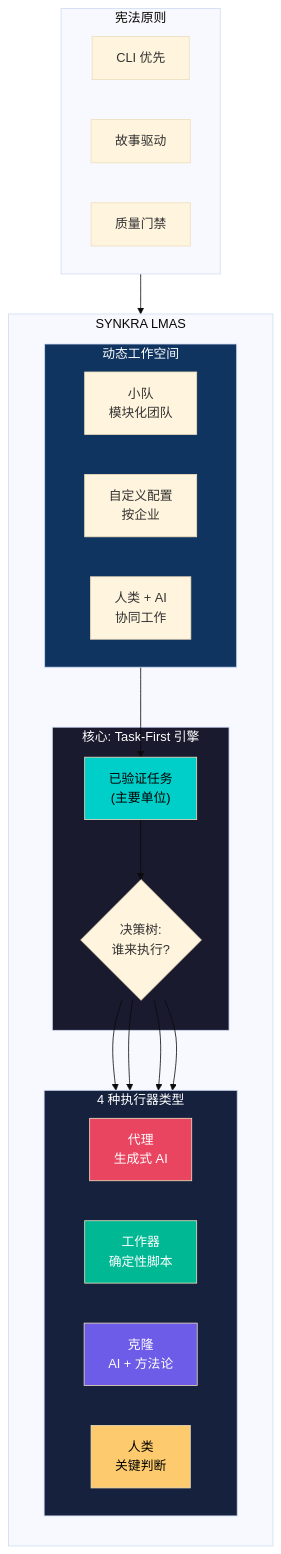
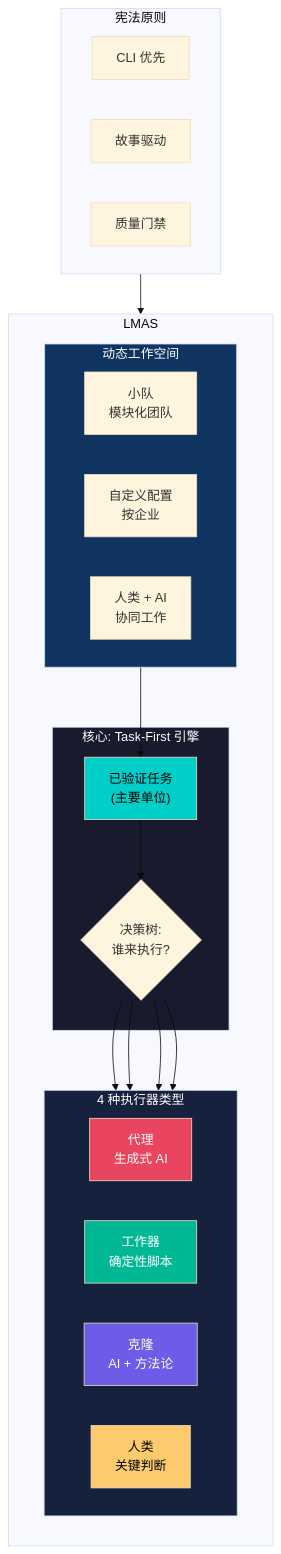
Before and after one commit to oluanferreira/luan-multiagent-scrum: the first of 12 diagrams in docs/zh/architecture/AIOX-VISUAL-OVERVIEW.md, drawn with Mermaid (base theme). The commit also changed other lines of this file and 415 other files, not shown here.

First line of the commit message:
refactor: rebrand Synkra/SynkraAI → LMAS by Luan Ferreira

````diff
--- a/docs/zh/architecture/AIOX-VISUAL-OVERVIEW.md
+++ b/docs/zh/architecture/AIOX-VISUAL-OVERVIEW.md
@@ -33,50 +33,50 @@
 ```mermaid
 flowchart TB
-    subgraph LMAS["SYNKRA LMAS"]
+    subgraph LMAS["LMAS"]
         direction TB
 
         subgraph CORE["核心: Task-First 引擎"]
             TASK["已验证任务<br/>(主要单位)"]
             DECISION{"决策树:<br/>谁来执行?"}
         end
 
         subgraph EXECUTORS["4 种执行器类型"]
             direction LR
             AGENT["代理<br/>生成式 AI"]
             WORKER["工作器<br/>确定性脚本"]
             CLONE["克隆<br/>AI + 方法论"]
             HUMAN["人类<br/>关键判断"]
         end
 
         subgraph WORKSPACE["动态工作空间"]
             direction LR
             SQUADS["小队<br/>模块化团队"]
             CONFIG["自定义配置<br/>按企业"]
             COLLAB["人类 + AI<br/>协同工作"]
         end
     end
 
     subgraph PRINCIPLES["宪法原则"]
         CLI["CLI 优先"]
         STORY["故事驱动"]
         QUALITY["质量门禁"]
     end
 
     TASK --> DECISION
     DECISION --> AGENT
     DECISION --> WORKER
     DECISION --> CLONE
     DECISION --> HUMAN
 
     WORKSPACE --> TASK
     PRINCIPLES --> LMAS
 
     style CORE fill:#1a1a2e,color:#fff
     style EXECUTORS fill:#16213e,color:#fff
     style WORKSPACE fill:#0f3460,color:#fff
     style AGENT fill:#e94560,color:#fff
     style WORKER fill:#00b894,color:#fff
     style CLONE fill:#6c5ce7,color:#fff
     style HUMAN fill:#fdcb6e,color:#000
     style TASK fill:#00cec9,color:#000
 ```
````
